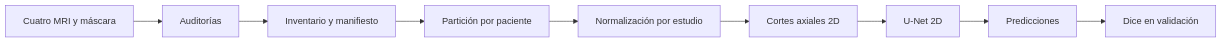
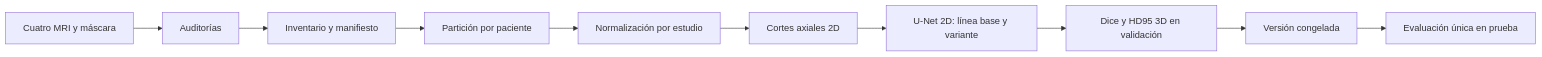
The diagram in README.md (RoberthMendez/Proyecto_Imagenes_Medicas), drawn with Mermaid before and after one commit. The commit also changed other lines of this file and 8 other files, not shown here.

Commit message:
Documentación de la evaluación final: prueba, comparación apareada, reproducción

````diff
--- a/README.md
+++ b/README.md
@@ -25,11 +27,12 @@
 ```mermaid
 flowchart LR
     A[Cuatro MRI y máscara] --> B[Auditorías]
     B --> C[Inventario y manifiesto]
     C --> D[Partición por paciente]
     D --> E[Normalización por estudio]
     E --> F[Cortes axiales 2D]
-    F --> G[U-Net 2D]
-    G --> H[Predicciones]
-    H --> I[Dice en validación]
+    F --> G[U-Net 2D: línea base y variante]
+    G --> H[Dice y HD95 3D en validación]
+    H --> I[Versión congelada]
+    I --> J[Evaluación única en prueba]
 ```
````
